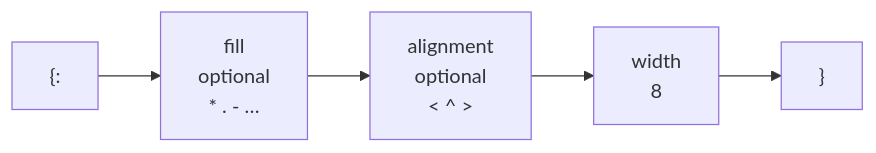
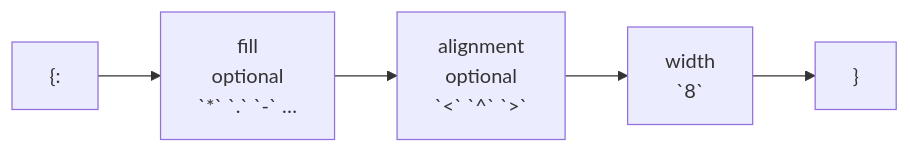
Before and after one commit to rux-lang/Web: the diagram in content/docs/1.learn/14.text/09.format.md, drawn with Mermaid. The commit also changed 187 other files, not shown here.

First line of the commit message:
Draw the Learn diagrams for phones, with code in the mono face

````diff
--- a/content/docs/1.learn/14.text/09.format.md
+++ b/content/docs/1.learn/14.text/09.format.md
@@ -38,4 +38,4 @@
 ```mermaid
 flowchart LR
-    open["{:"] --> fill["fill<br/>optional<br/>* . - …"] --> align["alignment<br/>optional<br/>&lt; ^ &gt;"] --> width["width<br/>8"] --> close["}"]
+    open["`{:`"] --> fill["fill<br/>optional<br/>`*` `.` `-` …"] --> align["alignment<br/>optional<br/>`&lt;` `^` `&gt;`"] --> width["width<br/>`8`"] --> close["`}`"]
 ```
````
